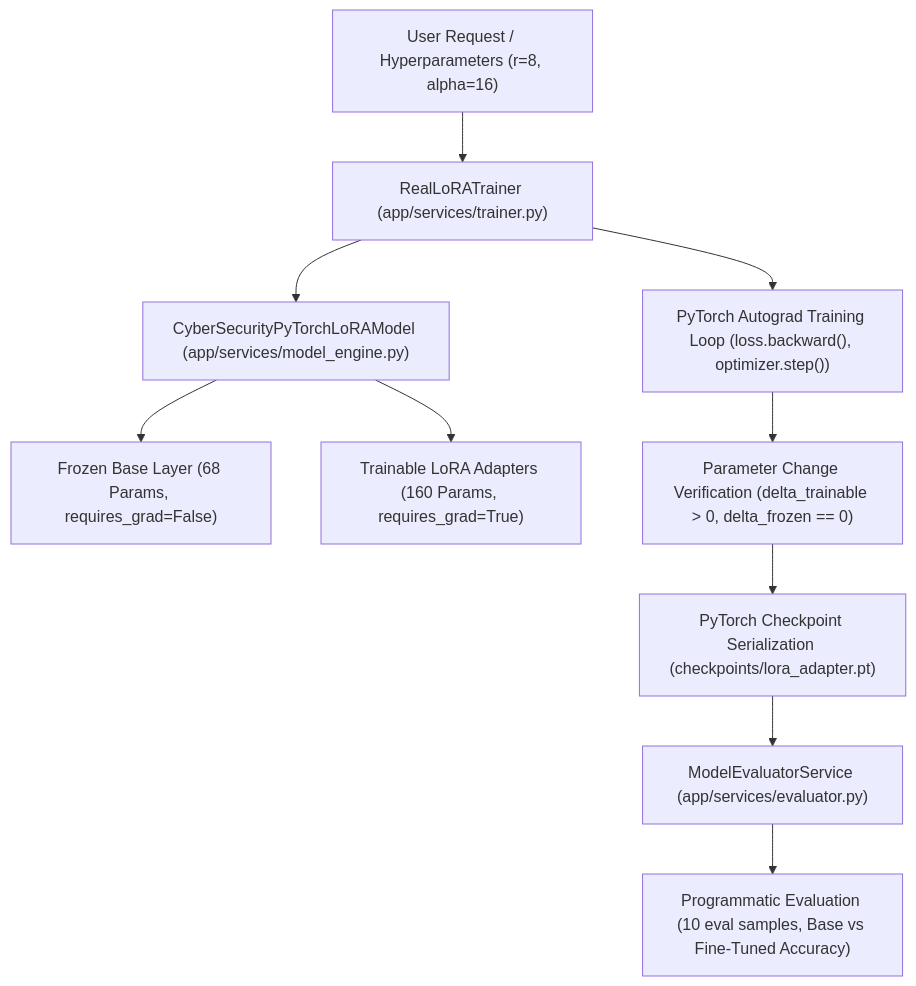
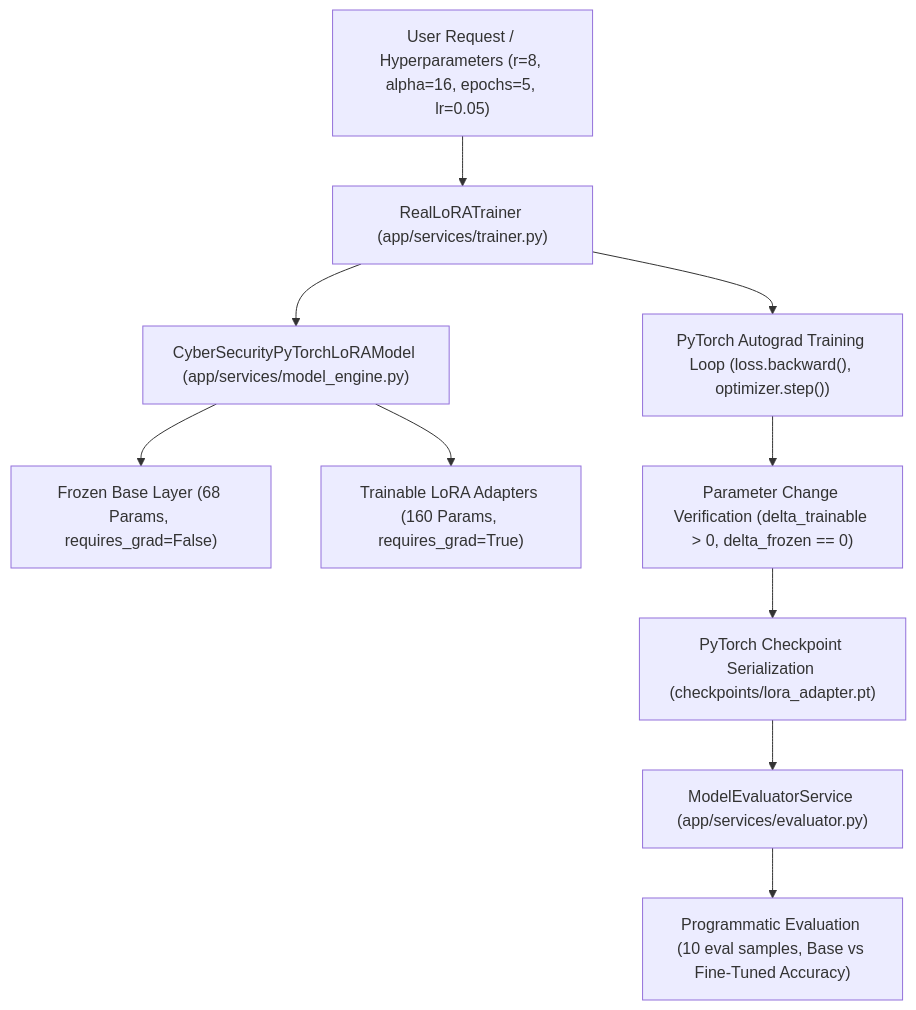
One commit to Vaishnav53/Applied-Agentic-AI-Lab-Experiments changed the diagram in experiment-10-fine-tuning/README.md. Above: the diagram before and after it, drawn with Mermaid. The commit also changed other lines of this file and 12 other files, not shown here.

````diff
--- a/experiment-10-fine-tuning/README.md
+++ b/experiment-10-fine-tuning/README.md
@@ -62,12 +64,12 @@
 ```mermaid
 graph TD
-    A["User Request / Hyperparameters (r=8, alpha=16)"] --> B["RealLoRATrainer (app/services/trainer.py)"]
+    A["User Request / Hyperparameters (r=8, alpha=16, epochs=5, lr=0.05)"] --> B["RealLoRATrainer (app/services/trainer.py)"]
     B --> C["CyberSecurityPyTorchLoRAModel (app/services/model_engine.py)"]
     C --> D["Frozen Base Layer (68 Params, requires_grad=False)"]
     C --> E["Trainable LoRA Adapters (160 Params, requires_grad=True)"]
     B --> F["PyTorch Autograd Training Loop (loss.backward(), optimizer.step())"]
     F --> G["Parameter Change Verification (delta_trainable > 0, delta_frozen == 0)"]
     G --> H["PyTorch Checkpoint Serialization (checkpoints/lora_adapter.pt)"]
     H --> I["ModelEvaluatorService (app/services/evaluator.py)"]
     I --> J["Programmatic Evaluation (10 eval samples, Base vs Fine-Tuned Accuracy)"]
 ```
````
